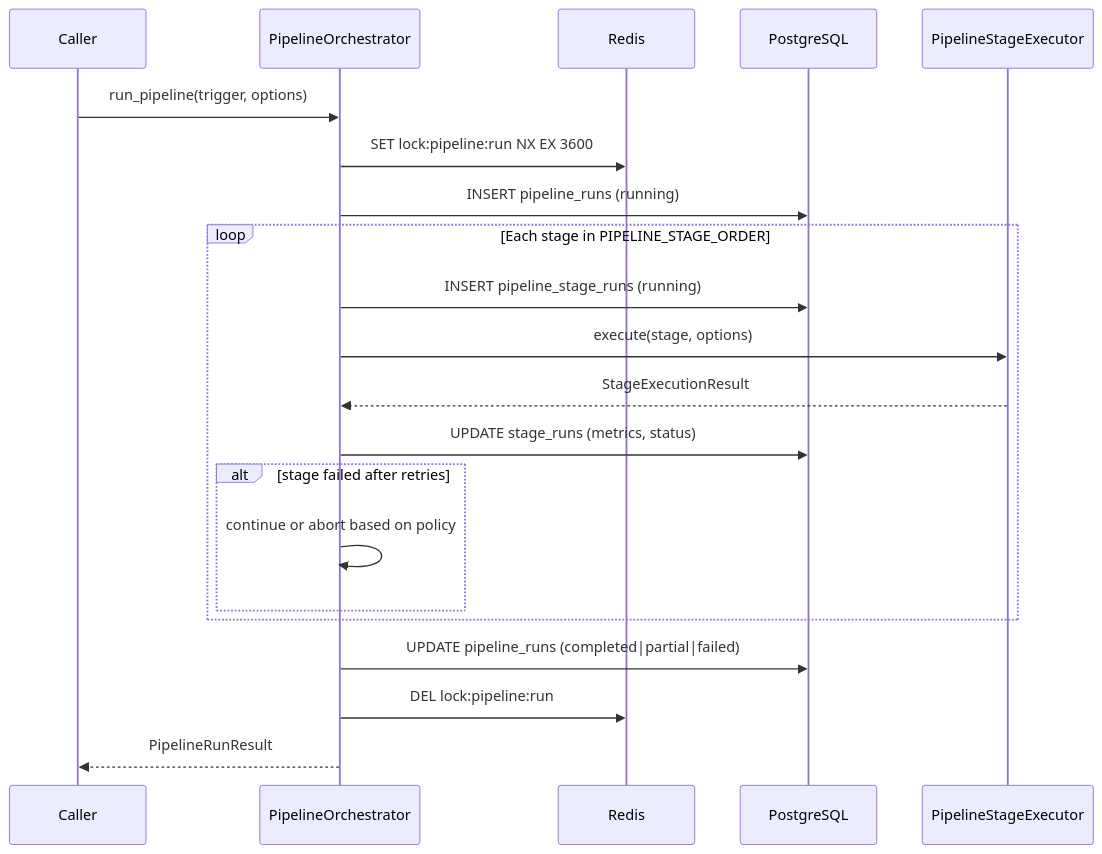
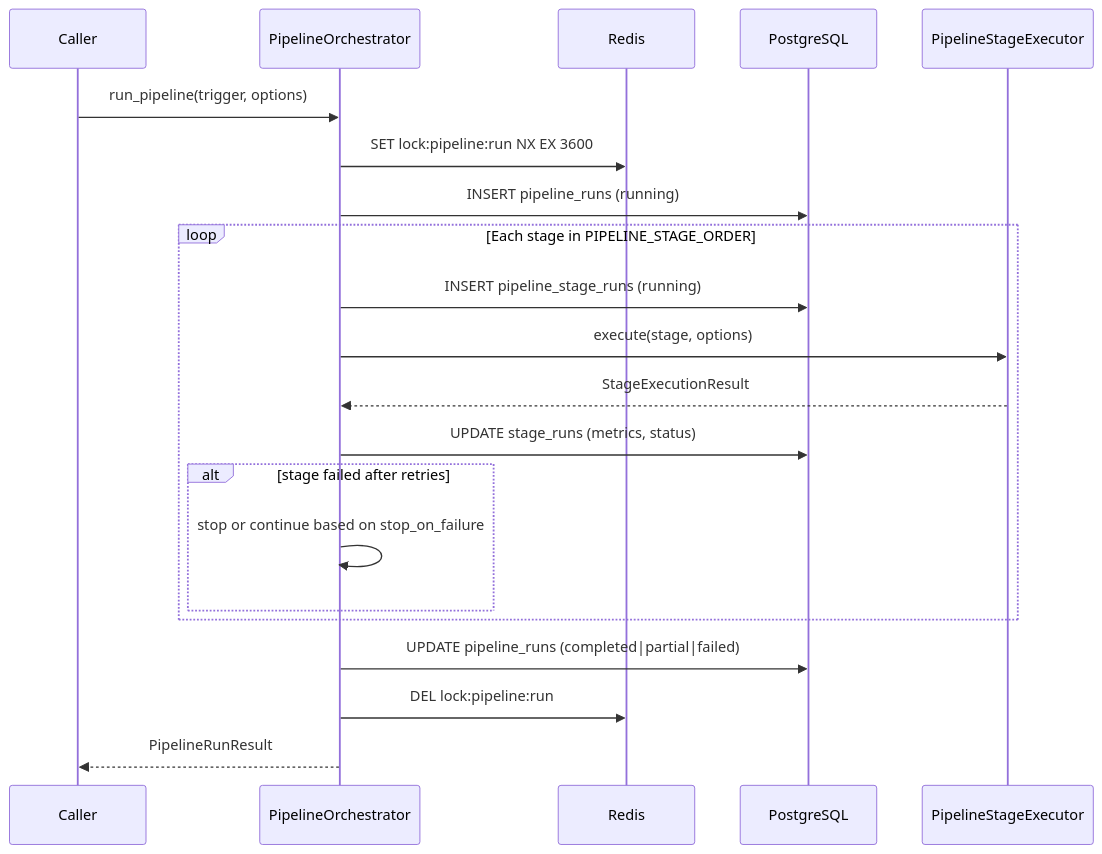
One commit to SandeebAdhikari/venture-studio changed the first of 2 diagrams in docs/pipeline-orchestration.md. Above: the diagram before and after it, drawn with Mermaid. The commit also changed other lines of this file and 9 other files, not shown here.

````diff
--- a/docs/pipeline-orchestration.md
+++ b/docs/pipeline-orchestration.md
@@ -65,24 +72,24 @@
 ```mermaid
 sequenceDiagram
     participant Caller
     participant Orch as PipelineOrchestrator
     participant Redis
     participant PG as PostgreSQL
     participant Exec as PipelineStageExecutor
 
     Caller->>Orch: run_pipeline(trigger, options)
     Orch->>Redis: SET lock:pipeline:run NX EX 3600
     Orch->>PG: INSERT pipeline_runs (running)
     loop Each stage in PIPELINE_STAGE_ORDER
         Orch->>PG: INSERT pipeline_stage_runs (running)
         Orch->>Exec: execute(stage, options)
         Exec-->>Orch: StageExecutionResult
         Orch->>PG: UPDATE stage_runs (metrics, status)
         alt stage failed after retries
-            Orch->>Orch: continue or abort based on policy
+            Orch->>Orch: stop or continue based on stop_on_failure
         end
     end
     Orch->>PG: UPDATE pipeline_runs (completed|partial|failed)
     Orch->>Redis: DEL lock:pipeline:run
     Orch-->>Caller: PipelineRunResult
 ```
````
